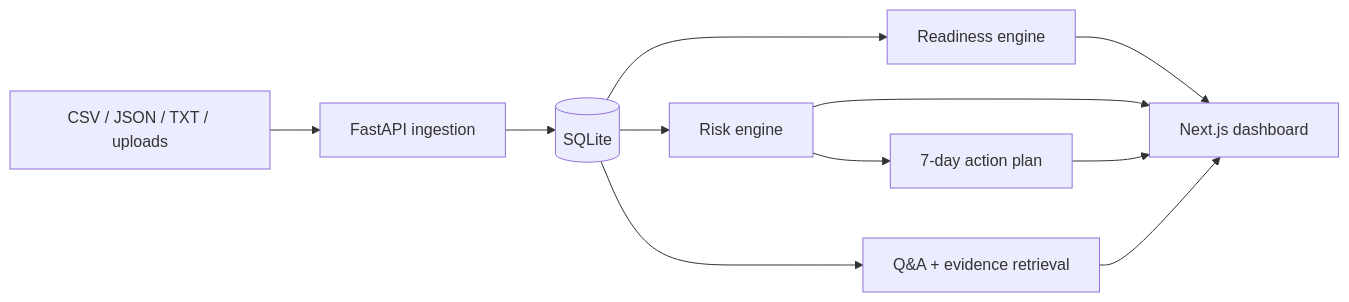
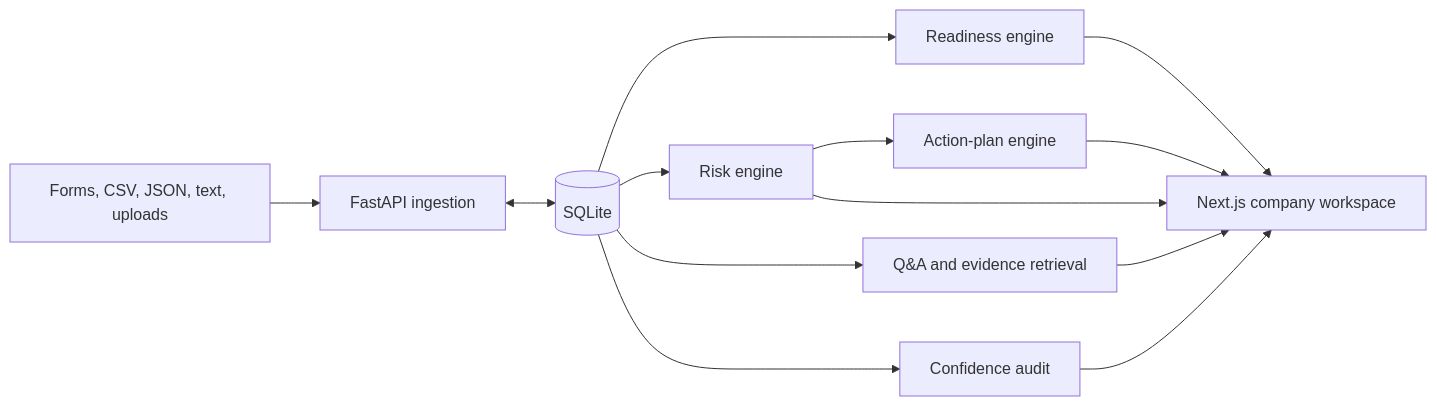
Before and after one commit to MANEESHREDDYD/Flowlie-Raise-Readiness-Copilot: the diagram in README.md, drawn with Mermaid. The commit also changed other lines of this file and 53 other files, not shown here.

````diff
--- a/README.md
+++ b/README.md
@@ -67,13 +65,15 @@
 ```mermaid
 flowchart LR
-    A[CSV / JSON / TXT / uploads] --> B[FastAPI ingestion]
-    B --> C[(SQLite)]
-    C --> D[Readiness engine]
-    C --> E[Risk engine]
-    C --> F[Q&A + evidence retrieval]
-    D --> G[Next.js dashboard]
-    E --> G
-    F --> G
-    E --> H[7-day action plan]
-    H --> G
+    INPUT[Forms, CSV, JSON, text, uploads] --> API[FastAPI ingestion]
+    API <--> DB[(SQLite)]
+    DB --> SCORE[Readiness engine]
+    DB --> RISK[Risk engine]
+    DB --> QA[Q&A and evidence retrieval]
+    DB --> CONF[Confidence audit]
+    RISK --> PLAN[Action-plan engine]
+    SCORE --> UI[Next.js company workspace]
+    RISK --> UI
+    QA --> UI
+    CONF --> UI
+    PLAN --> UI
 ```
````
